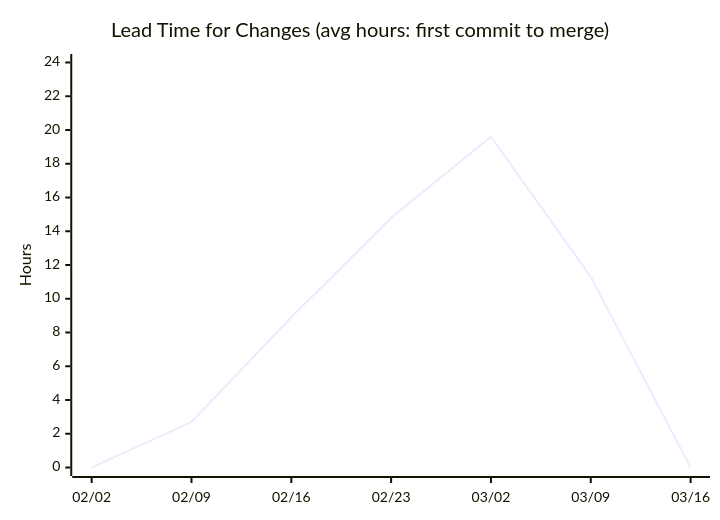
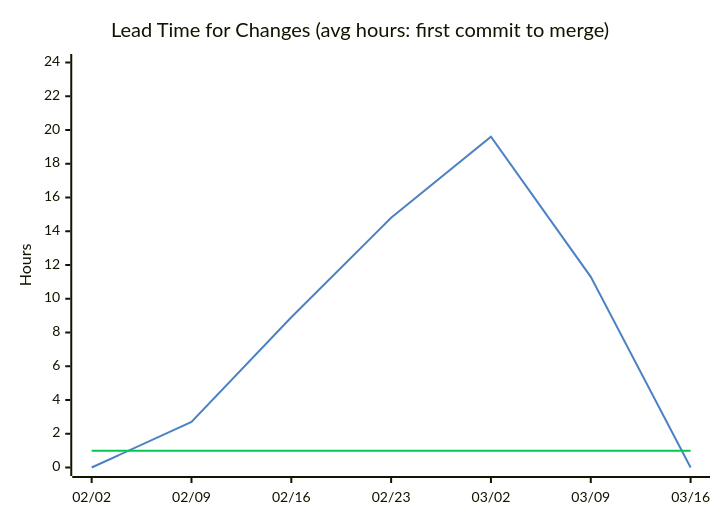
One commit to nablarch/nabledge-dev changed the second of 11 diagrams in docs/metrics.md. Above: the diagram before and after it, drawn with Mermaid. The commit also changed other lines of this file and 1 other file, not shown here.

Commit message:
experiment: add threshold lines to all DORA charts with legend

````diff
--- a/docs/metrics.md
+++ b/docs/metrics.md
@@ -50,7 +54,9 @@
 ```mermaid
+%%{init: {'theme': 'base', 'themeVariables': {'xyChart': {'plotColorPalette': '#4C82C3,#00C853'}}}}%%
 xychart-beta
   title "Lead Time for Changes (avg hours: first commit to merge)"
   x-axis ["02/02", "02/09", "02/16", "02/23", "03/02", "03/09", "03/16"]
   y-axis "Hours" 0 --> 24
   line [0, 2.7, 8.9, 14.8, 19.6, 11.3, 0]
+  line [1, 1, 1, 1, 1, 1, 1]
 ```
````
